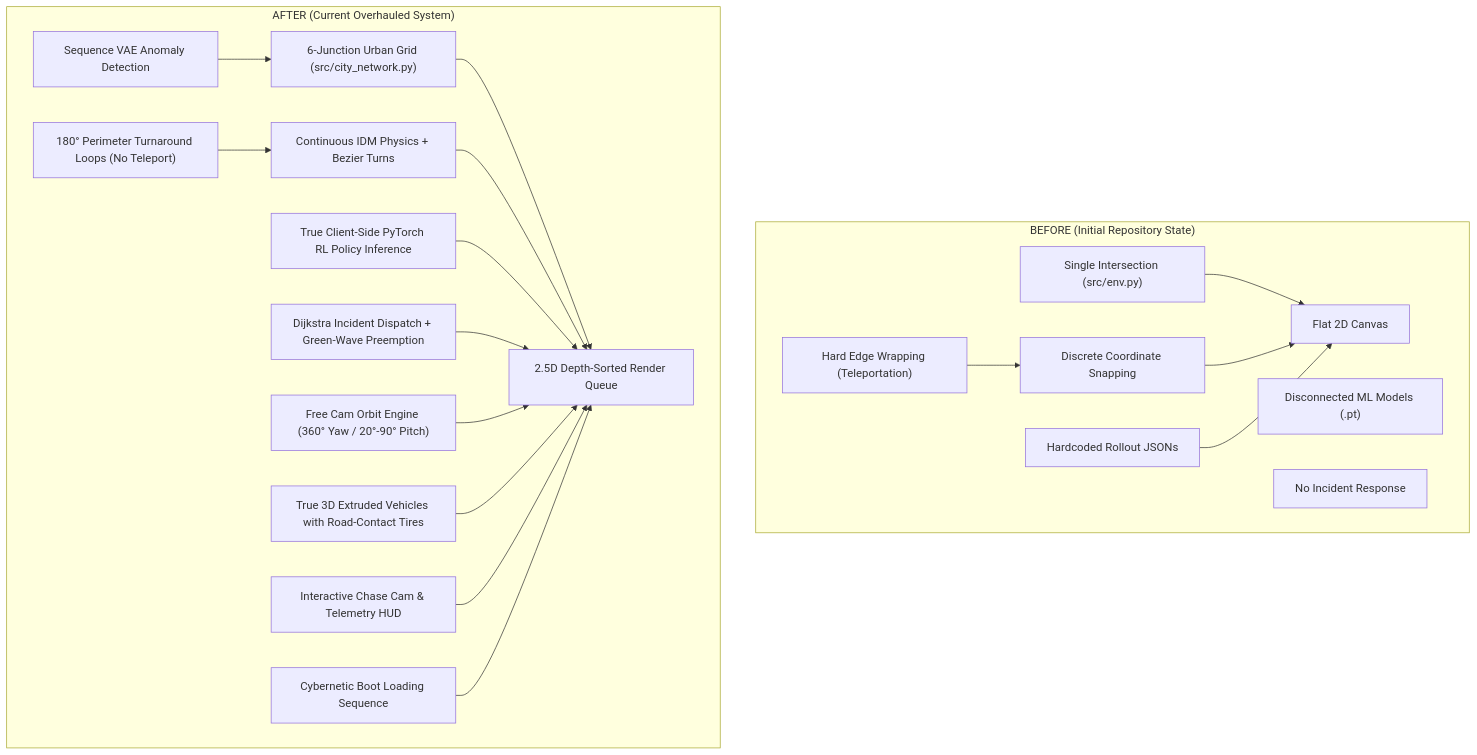
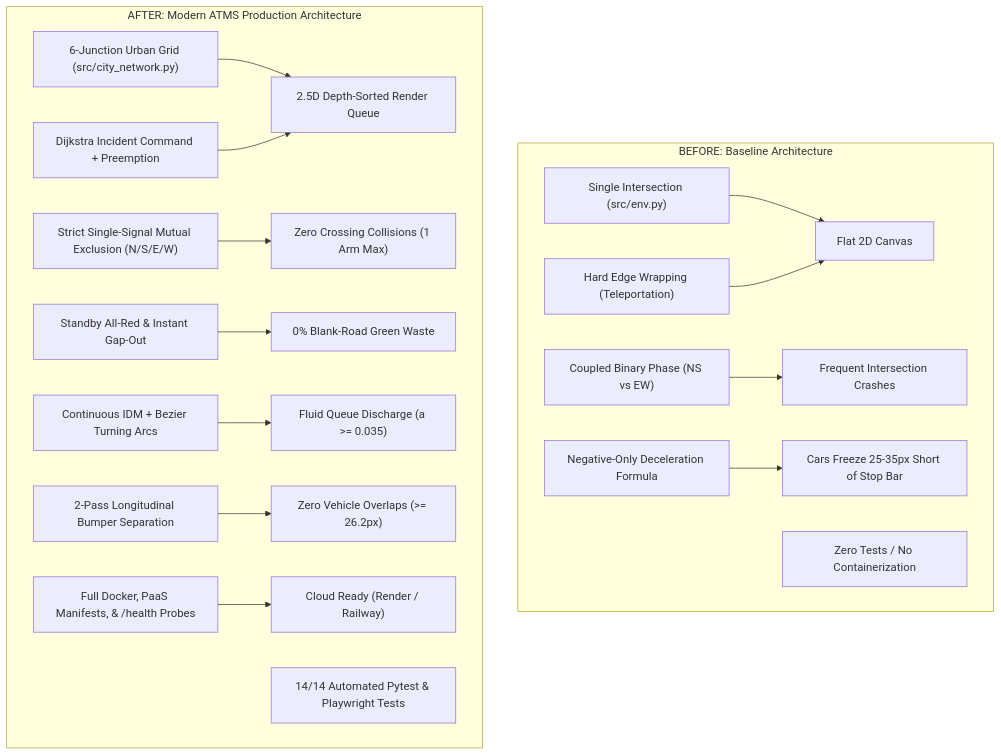
Before and after one commit to Mayank8159/Autonomous-Traffic-Monitoring-and-Incident-Management-System: the diagram in docs/BEFORE_VS_AFTER.md, drawn with Mermaid. The commit also changed other lines of this file and 24 other files, not shown here.

Commit message:
docs: overhaul full repository documentation suite with flowcharts, architecture whitepaper, and updated walkthrough

````diff
--- a/docs/BEFORE_VS_AFTER.md
+++ b/docs/BEFORE_VS_AFTER.md
@@ -28,24 +30,21 @@
 ```mermaid
 graph TD
-    subgraph BEFORE["BEFORE (Initial Repository State)"]
+    subgraph BEFORE["BEFORE: Baseline Architecture"]
         B1["Single Intersection (src/env.py)"] --> B2["Flat 2D Canvas"]
-        B3["Discrete Coordinate Snapping"] --> B2
-        B4["Hard Edge Wrapping (Teleportation)"] --> B3
-        B5["Hardcoded Rollout JSONs"] --> B2
-        B6["Disconnected ML Models (.pt)"]
-        B7["No Incident Response"]
+        B3["Coupled Binary Phase (NS vs EW)"] --> B4["Frequent Intersection Crashes"]
+        B5["Hard Edge Wrapping (Teleportation)"] --> B2
+        B6["Negative-Only Deceleration Formula"] --> B7["Cars Freeze 25-35px Short of Stop Bar"]
+        B8["Zero Tests / No Containerization"]
     end
 
-    subgraph AFTER["AFTER (Current Overhauled System)"]
+    subgraph AFTER["AFTER: Modern ATMS Production Architecture"]
         A1["6-Junction Urban Grid (src/city_network.py)"] --> A2["2.5D Depth-Sorted Render Queue"]
-        A3["Continuous IDM Physics + Bezier Turns"] --> A2
-        A4["180° Perimeter Turnaround Loops (No Teleport)"] --> A3
-        A5["True Client-Side PyTorch RL Policy Inference"] --> A2
-        A6["Sequence VAE Anomaly Detection"] --> A1
-        A7["Dijkstra Incident Dispatch + Green-Wave Preemption"] --> A2
-        A8["Free Cam Orbit Engine (360° Yaw / 20°-90° Pitch)"] --> A2
-        A9["True 3D Extruded Vehicles with Road-Contact Tires"] --> A2
-        A10["Interactive Chase Cam & Telemetry HUD"] --> A2
-        A11["Cybernetic Boot Loading Sequence"] --> A2
+        A3["Strict Single-Signal Mutual Exclusion (N/S/E/W)"] --> A4["Zero Crossing Collisions (1 Arm Max)"]
+        A5["Standby All-Red & Instant Gap-Out"] --> A6["0% Blank-Road Green Waste"]
+        A7["Continuous IDM + Bezier Turning Arcs"] --> A8["Fluid Queue Discharge (a >= 0.035)"]
+        A9["2-Pass Longitudinal Bumper Separation"] --> A10["Zero Vehicle Overlaps (>= 26.2px)"]
+        A11["Dijkstra Incident Command + Preemption"] --> A2
+        A12["Full Docker, PaaS Manifests, & /health Probes"] --> A13["Cloud Ready (Render / Railway)"]
+        A14["14/14 Automated Pytest & Playwright Tests"]
     end
 ```
````
